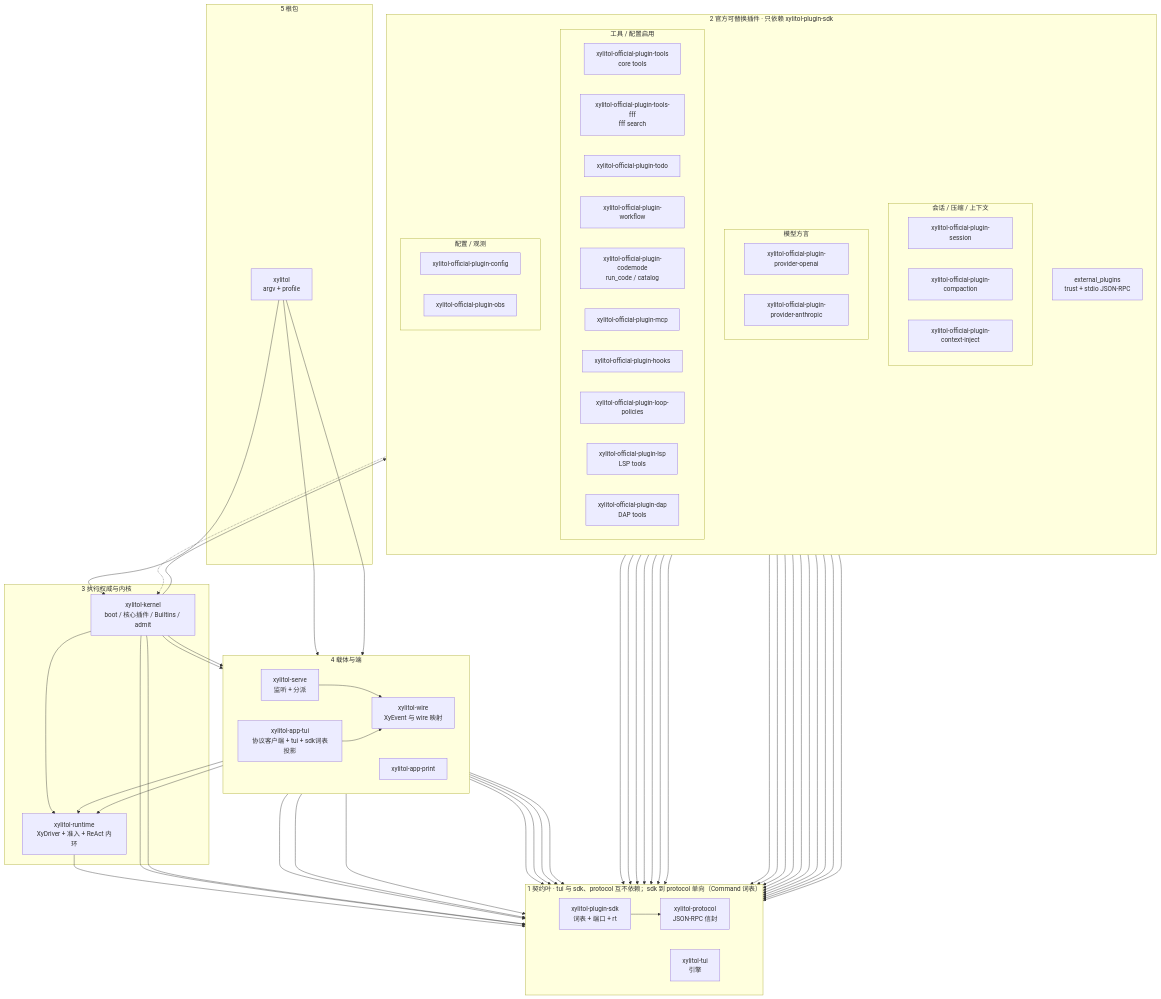
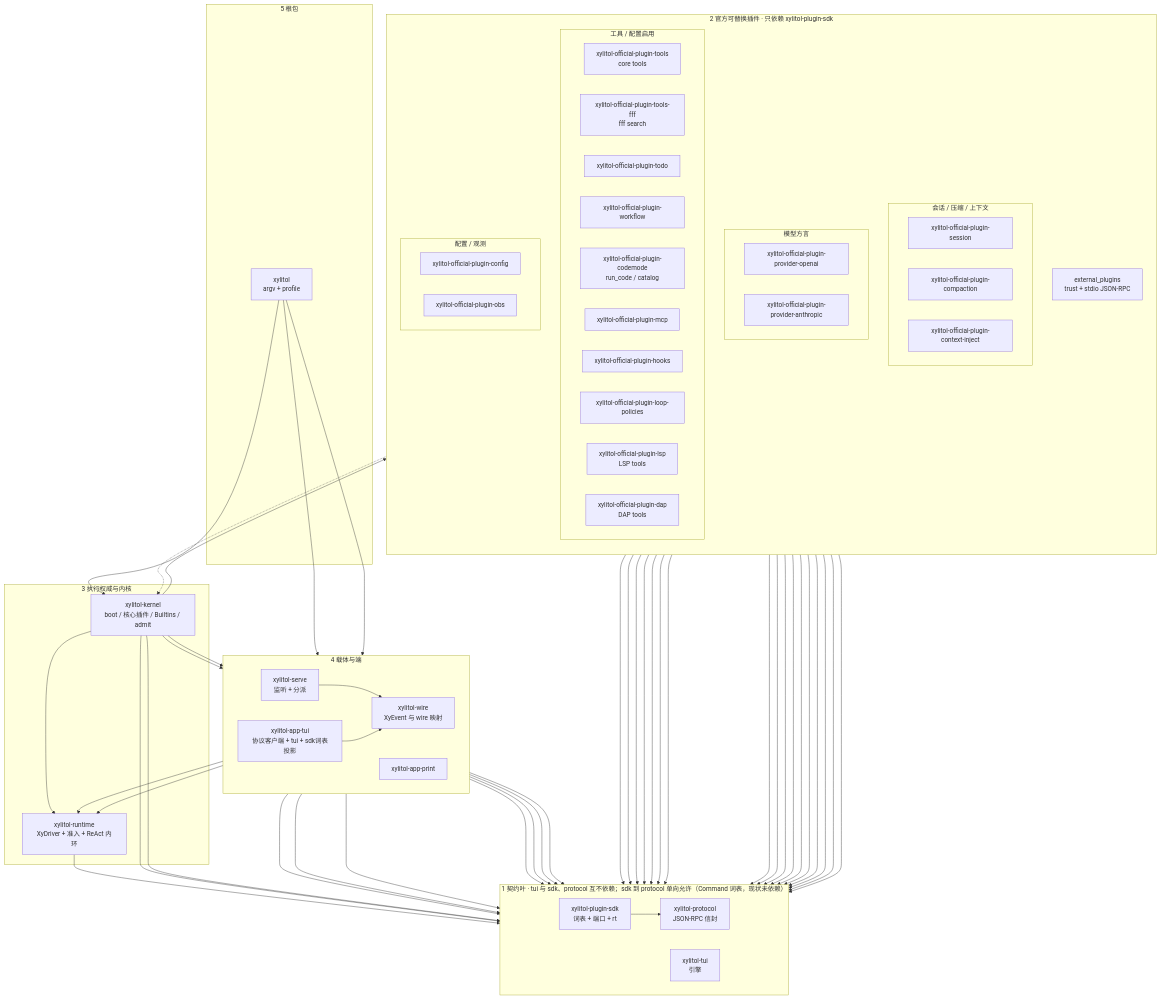
One commit to StrayDragon/xylitol changed the first of 2 diagrams in src/AGENTS.md. Above: the diagram before and after it, drawn with Mermaid. The commit also changed other lines of this file and 4 other files, not shown here.

````diff
--- a/src/AGENTS.md
+++ b/src/AGENTS.md
@@ -15,6 +15,6 @@
 ```mermaid
 flowchart TB
-  subgraph contracts["1 契约叶 · tui 与 sdk、protocol 互不依赖；sdk 到 protocol 单向（Command 词表）"]
+  subgraph contracts["1 契约叶 · tui 与 sdk、protocol 互不依赖；sdk 到 protocol 单向允许（Command 词表，现状未依赖）"]
     direction LR
     xylitol_plugin_sdk["xylitol-plugin-sdk<br/>词表 + 端口 + rt"]
     xylitol_protocol["xylitol-protocol<br/>JSON-RPC 信封"]
````
